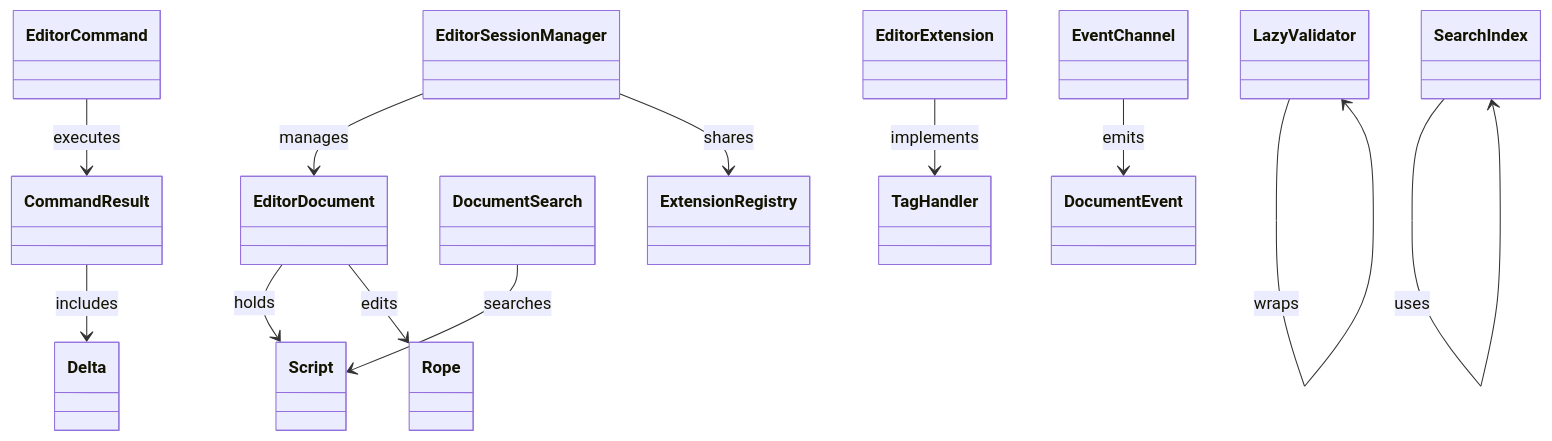
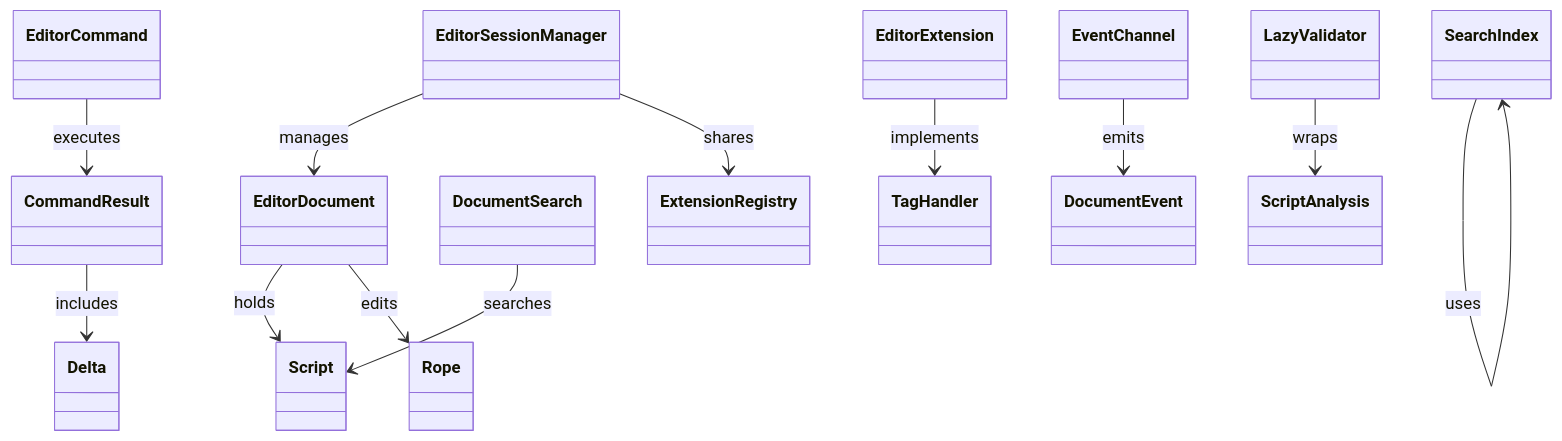
One commit to wiedymi/ass-rs changed the diagram in architecture/ass-editor.md. Above: the diagram before and after it, drawn with Mermaid. The commit also changed other lines of this file, not shown here.

````diff
--- a/architecture/ass-editor.md
+++ b/architecture/ass-editor.md
@@ -68,43 +68,43 @@
 ```mermaid
 classDiagram
     class EditorSessionManager {
     }
     class EditorDocument {
     }
     class Script {
     }
     class Rope {
     }
     class EditorCommand {
     }
     class CommandResult {
     }
     class Delta {
     }
     class DocumentSearch {
     }
     class EditorExtension {
     }
     class TagHandler {
     }
     class LazyValidator {
     }
     class SearchIndex {
     }
     class EventChannel {
     }
     class DocumentEvent {
     }
 
     EditorSessionManager --> EditorDocument : manages
     EditorSessionManager --> ExtensionRegistry : shares
     EditorDocument --> Script : holds
     EditorDocument --> Rope : edits
     EditorCommand --> CommandResult : executes
     CommandResult --> Delta : includes
     DocumentSearch --> Script : searches
     EditorExtension --> TagHandler : implements
-    LazyValidator --> LazyValidator : wraps
+    LazyValidator --> ScriptAnalysis : wraps
     SearchIndex --> SearchIndex : uses
     EventChannel --> DocumentEvent : emits
 ```
````
